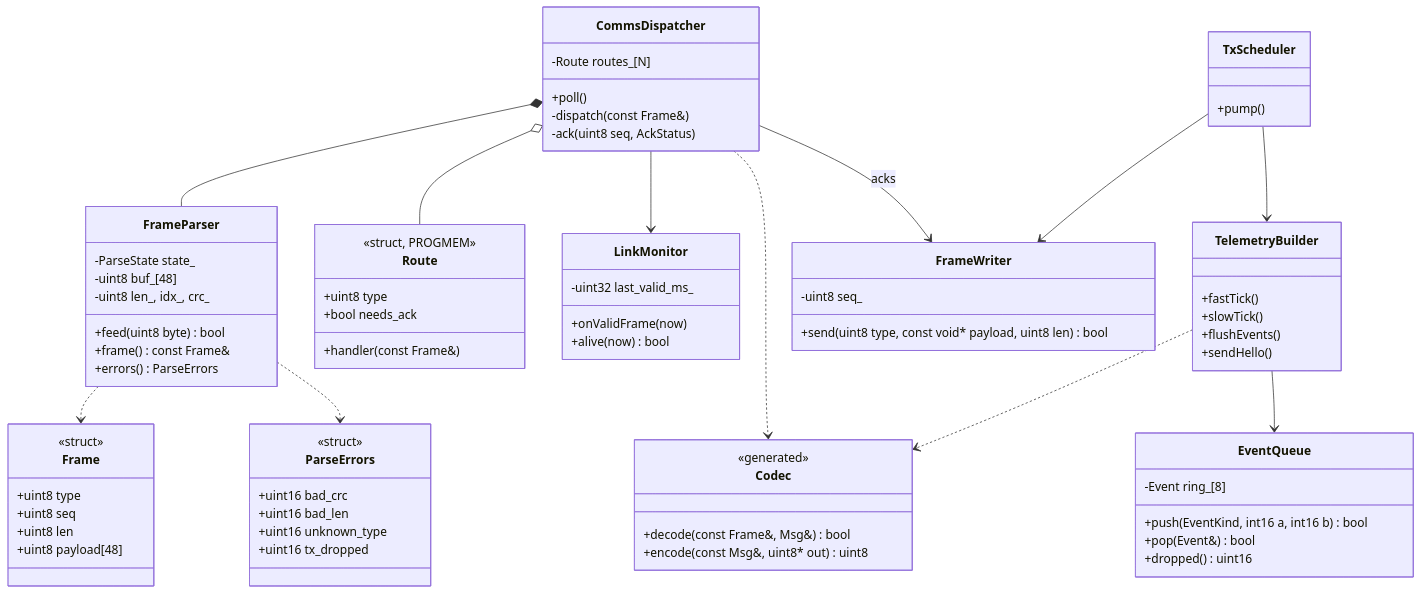
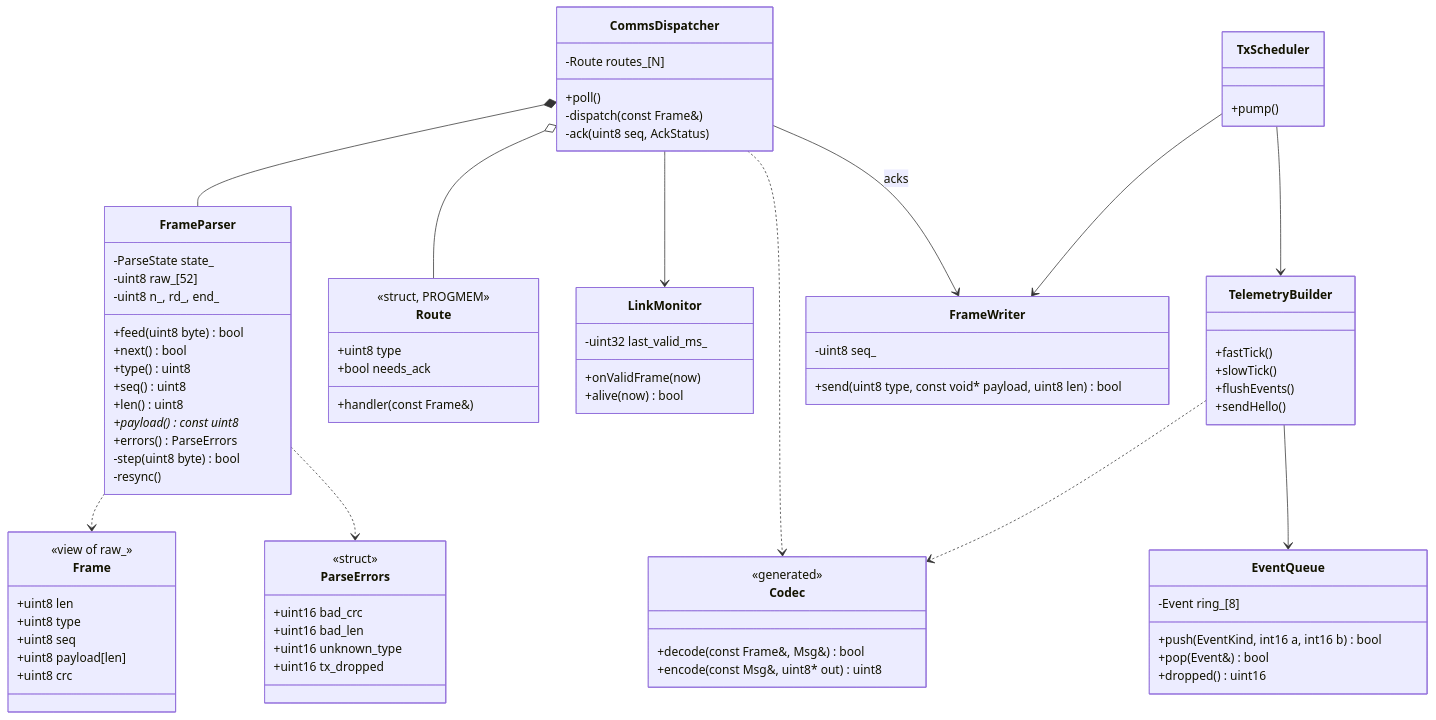
Diagram 11 of 24 in docs/lld/uno-firmware-lld.md (mannuray/conqueror), drawn with Mermaid before and after one commit. The commit also changed other lines of this file and 1 other file, not shown here.

First line of the commit message:
docs(plan-b): Uno frame parser resyncs like the Python parser

```diff
--- a/docs/lld/uno-firmware-lld.md
+++ b/docs/lld/uno-firmware-lld.md
@@ -604,18 +604,25 @@
     direction TB
     class FrameParser {
       -ParseState state_
-      -uint8 buf_[48]
-      -uint8 len_, idx_, crc_
+      -uint8 raw_[52]
+      -uint8 n_, rd_, end_
       +feed(uint8 byte) bool
-      +frame() const Frame&
+      +next() bool
+      +type() uint8
+      +seq() uint8
+      +len() uint8
+      +payload() const uint8*
       +errors() ParseErrors
+      -step(uint8 byte) bool
+      -resync()
     }
     class Frame {
-      <<struct>>
+      <<view of raw_>>
+      +uint8 len
       +uint8 type
       +uint8 seq
-      +uint8 len
-      +uint8 payload[48]
+      +uint8 payload[len]
+      +uint8 crc
     }
     class ParseErrors {
       <<struct>>
```
